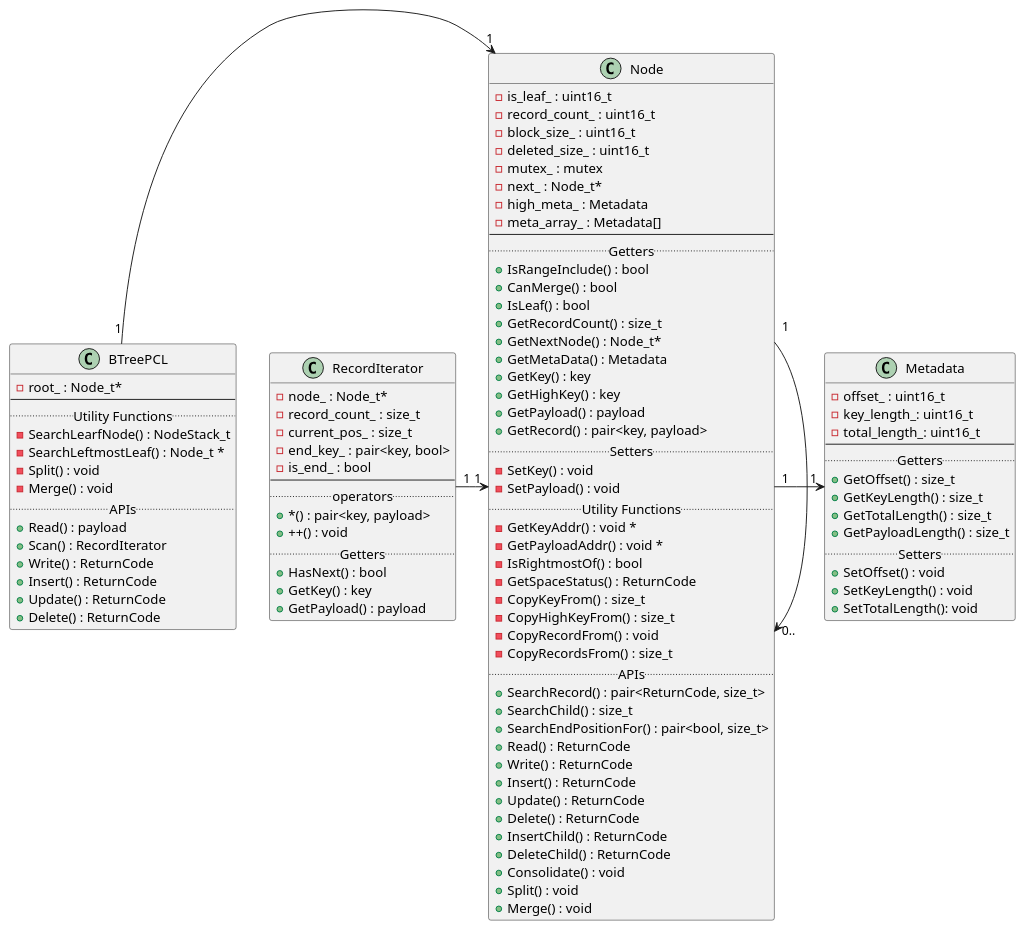
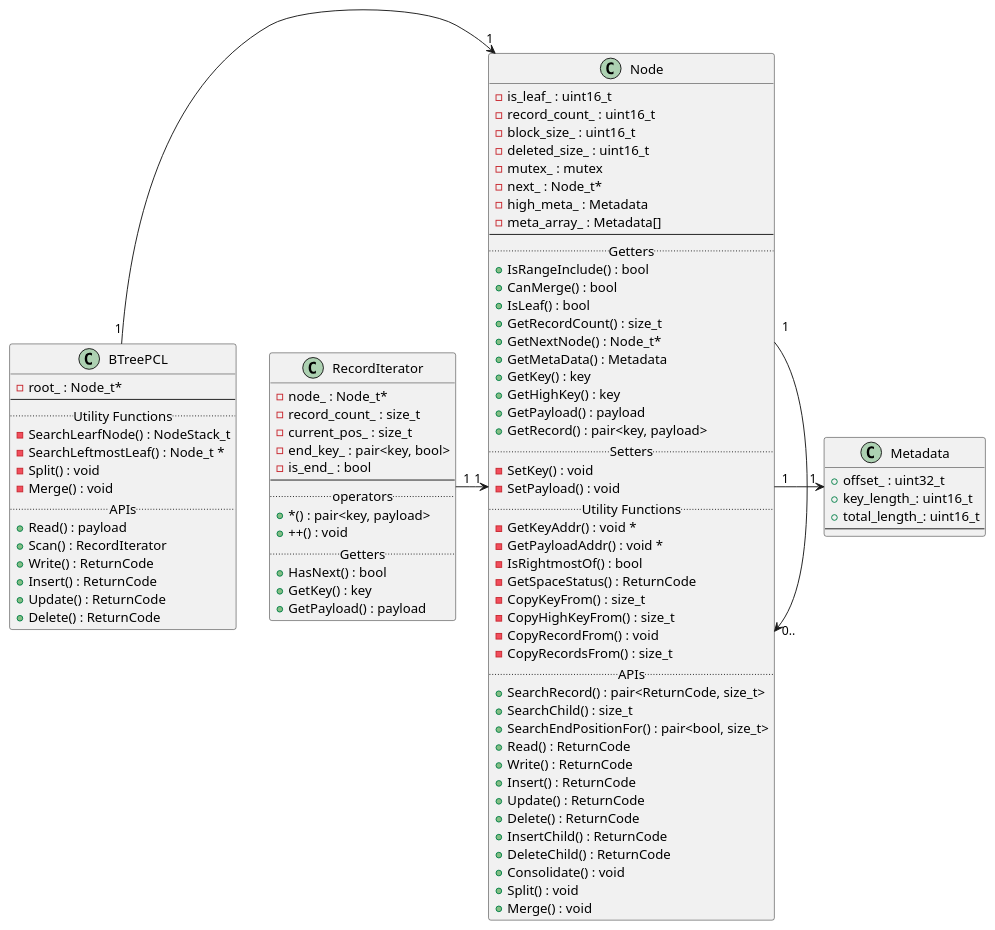
The diagram in design_doc/figures/src/b_tree_pcl_class.wsd (dbgroup-nagoya-u/b-tree), drawn with PlantUML before and after one commit. The commit also changed 1 other file, not shown here.

```diff
--- a/design_doc/figures/src/b_tree_pcl_class.wsd
+++ b/design_doc/figures/src/b_tree_pcl_class.wsd
@@ -1,106 +1,97 @@
 @startuml
 
 class BTreePCL{
   -root_ : Node_t*
 --
 .. Utility Functions ..
   -SearchLearfNode() : NodeStack_t
   -SearchLeftmostLeaf() : Node_t *
   -Split() : void
   -Merge() : void
 .. APIs ..
   +Read() : payload
   +Scan() : RecordIterator
   +Write() : ReturnCode
   +Insert() : ReturnCode
   +Update() : ReturnCode
   +Delete() : ReturnCode
 }
 
 class Node{
   -is_leaf_ : uint16_t
   -record_count_ : uint16_t
   -block_size_ : uint16_t
   -deleted_size_ : uint16_t
   -mutex_ : mutex
   -next_ : Node_t*
   -high_meta_ : Metadata
   -meta_array_ : Metadata[]
 --
 .. Getters ..
   +IsRangeInclude() : bool
   +CanMerge() : bool
   +IsLeaf() : bool
   +GetRecordCount() : size_t
   +GetNextNode() : Node_t*
   +GetMetaData() : Metadata
   +GetKey() : key
   +GetHighKey() : key
   +GetPayload() : payload
   +GetRecord() : pair<key, payload>
 .. Setters ..
   -SetKey() : void
   -SetPayload() : void
 .. Utility Functions ..
   -GetKeyAddr() : void *
   -GetPayloadAddr() : void *
   -IsRightmostOf() : bool
   -GetSpaceStatus() : ReturnCode
   -CopyKeyFrom() : size_t
   -CopyHighKeyFrom() : size_t
   -CopyRecordFrom() : void
   -CopyRecordsFrom() : size_t
 .. APIs ..
   +SearchRecord() : pair<ReturnCode, size_t>
   +SearchChild() : size_t
   +SearchEndPositionFor() : pair<bool, size_t>
   +Read() : ReturnCode
   +Write() : ReturnCode
   +Insert() : ReturnCode
   +Update() : ReturnCode
   +Delete() : ReturnCode
   +InsertChild() : ReturnCode
   +DeleteChild() : ReturnCode
   +Consolidate() : void
   +Split() : void
   +Merge() : void
 }
 
 class Metadata{
-  -offset_ : uint16_t
-  -key_length_: uint16_t
-  -total_length_: uint16_t
+  +offset_ : uint32_t
+  +key_length_: uint16_t
+  +total_length_: uint16_t
 --
-.. Getters ..
-  +GetOffset() : size_t
-  +GetKeyLength() : size_t
-  +GetTotalLength() : size_t
-  +GetPayloadLength() : size_t
-.. Setters ..
-  +SetOffset() : void
-  +SetKeyLength() : void
-  +SetTotalLength(): void
 }
 
 class RecordIterator{
   -node_ : Node_t*
   -record_count_ : size_t
   -current_pos_ : size_t
   -end_key_ : pair<key, bool>
   -is_end_ : bool
 --
 .. operators ..
   + *() : pair<key, payload>
   + ++() : void
 .. Getters ..
   +HasNext() : bool
   +GetKey() : key
   +GetPayload() : payload
 }
 
 BTreePCL "1" -> "1" Node
 Node "1" -> "1" Metadata
 Node "1" -> "0.." Node
 RecordIterator "1" -> "1" Node
 
 @enduml
```
